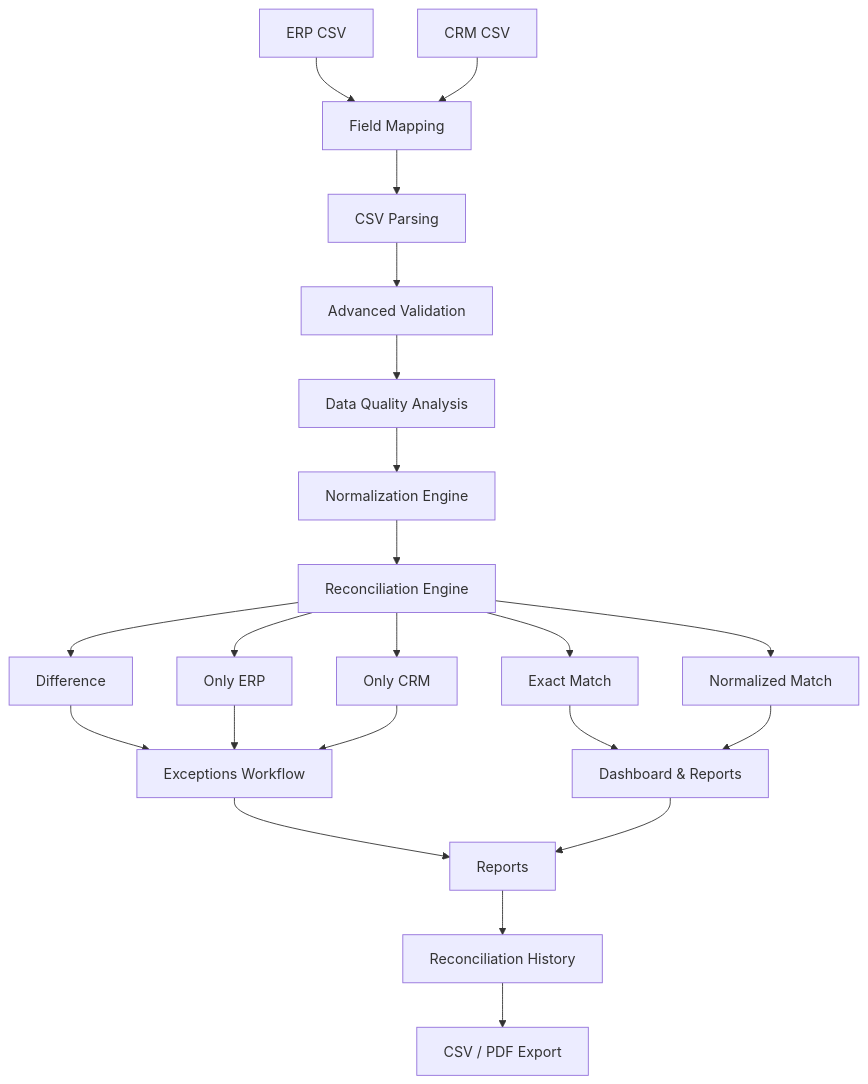
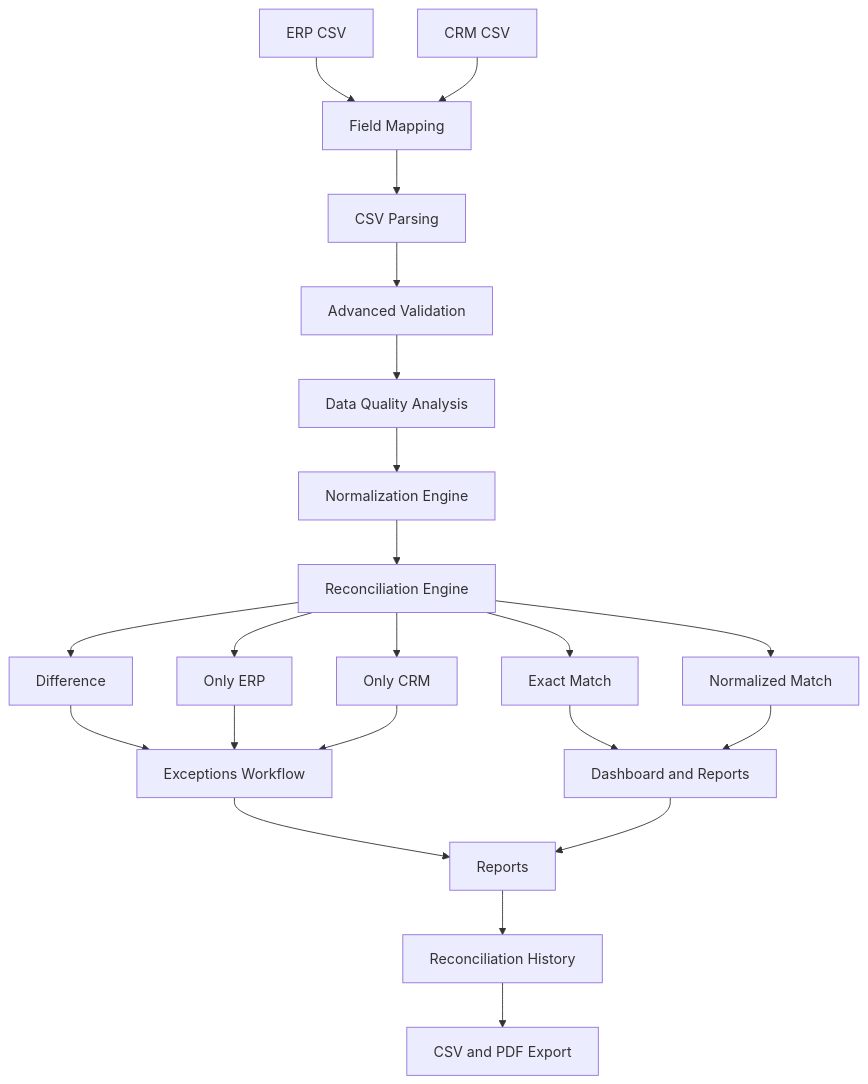
Before and after one commit to Osarii/enterprise-data-reconciliation: the diagram in README.md, drawn with Mermaid. The commit also changed other lines of this file, not shown here.

````diff
--- a/README.md
+++ b/README.md
@@ -155,29 +177,30 @@
 ```mermaid
 flowchart TD
-    ERP[ERP CSV] --> FM[Field Mapping]
-    CRM[CRM CSV] --> FM
+    ERP["ERP CSV"] --> MAP["Field Mapping"]
+    CRM["CRM CSV"] --> MAP
 
-    FM --> CSV[CSV Parsing]
-    CSV --> VALIDATION[Advanced Validation]
-    VALIDATION --> QUALITY[Data Quality Analysis]
-    QUALITY --> NORMALIZATION[Normalization Engine]
-    NORMALIZATION --> RECONCILIATION[Reconciliation Engine]
+    MAP --> PARSE["CSV Parsing"]
+    PARSE --> VALIDATE["Advanced Validation"]
+    VALIDATE --> QUALITY["Data Quality Analysis"]
+    QUALITY --> NORMALIZE["Normalization Engine"]
+    NORMALIZE --> ENGINE["Reconciliation Engine"]
 
-    RECONCILIATION --> EXACT[Exact Match]
-    RECONCILIATION --> NORMALIZED[Normalized Match]
-    RECONCILIATION --> DIFFERENCE[Difference]
-    RECONCILIATION --> ERPONLY[Only ERP]
-    RECONCILIATION --> CRMONLY[Only CRM]
+    ENGINE --> EXACT["Exact Match"]
+    ENGINE --> NORMALIZED["Normalized Match"]
+    ENGINE --> DIFFERENCE["Difference"]
+    ENGINE --> ERPONLY["Only ERP"]
+    ENGINE --> CRMONLY["Only CRM"]
 
-    EXACT --> DASHBOARD[Dashboard & Reports]
+    EXACT --> DASHBOARD["Dashboard and Reports"]
     NORMALIZED --> DASHBOARD
-    DIFFERENCE --> EXCEPTIONS[Exceptions Workflow]
+
+    DIFFERENCE --> EXCEPTIONS["Exceptions Workflow"]
     ERPONLY --> EXCEPTIONS
     CRMONLY --> EXCEPTIONS
 
-    EXCEPTIONS --> REPORTS[Reports]
+    EXCEPTIONS --> REPORTS["Reports"]
     DASHBOARD --> REPORTS
 
-    REPORTS --> HISTORY[Reconciliation History]
-    HISTORY --> EXPORT[CSV / PDF Export]
+    REPORTS --> HISTORY["Reconciliation History"]
+    HISTORY --> EXPORT["CSV and PDF Export"]
 ```
````
